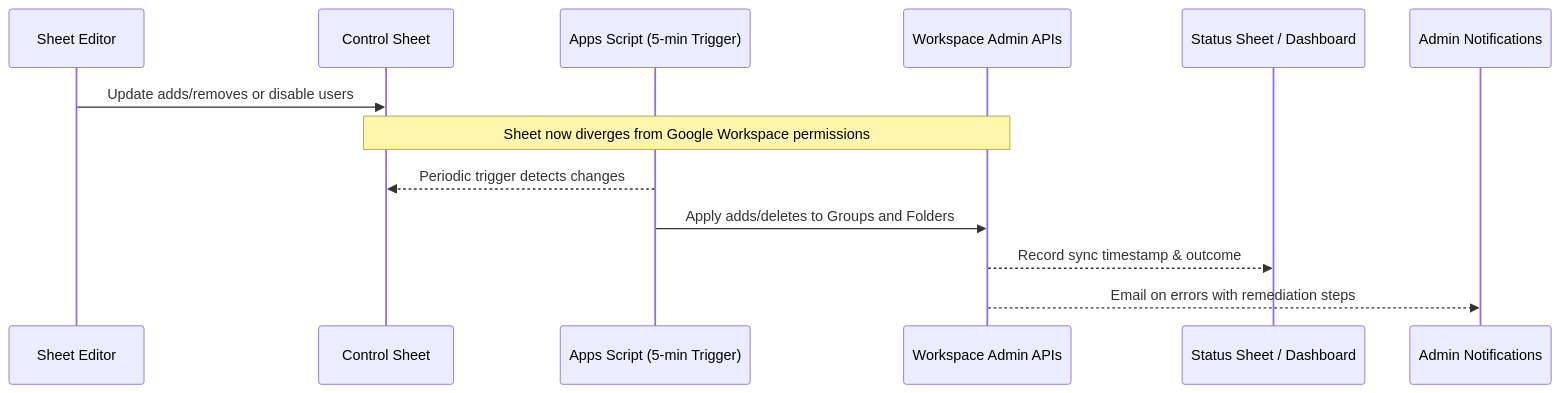
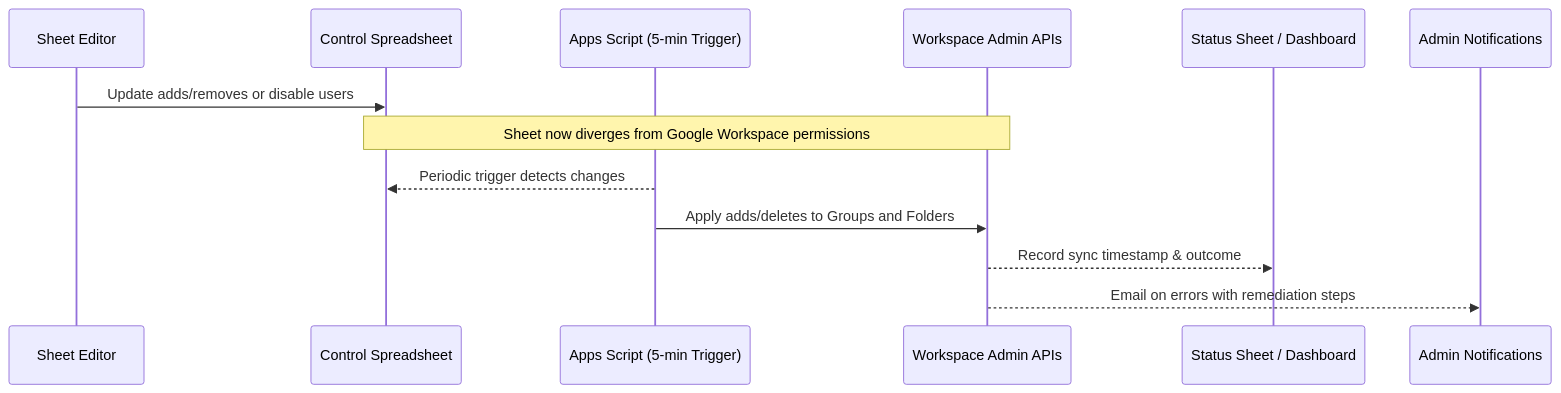
Before and after one commit to davidf9999/gdrive_permissions1: the third of 3 diagrams in docs/ARCHITECTURE_OVERVIEW.md, drawn with Mermaid. The commit also changed other lines of this file and 9 other files, not shown here.

````diff
--- a/docs/ARCHITECTURE_OVERVIEW.md
+++ b/docs/ARCHITECTURE_OVERVIEW.md
@@ -119,16 +119,16 @@
 ```mermaid
 sequenceDiagram
   participant Editor as Sheet Editor
-  participant Sheets as Control Sheet
+  participant Sheets as Control Spreadsheet
   participant Script as Apps Script (5-min Trigger)
   participant Admin as Workspace Admin APIs
   participant Status as Status Sheet / Dashboard
   participant Alerts as Admin Notifications
 
   Editor->>Sheets: Update adds/removes or disable users
   Note over Sheets,Admin: Sheet now diverges from Google Workspace permissions
   Script-->>Sheets: Periodic trigger detects changes
   Script->>Admin: Apply adds/deletes to Groups and Folders
   Admin-->>Status: Record sync timestamp & outcome
   Admin-->>Alerts: Email on errors with remediation steps
 ```
````
